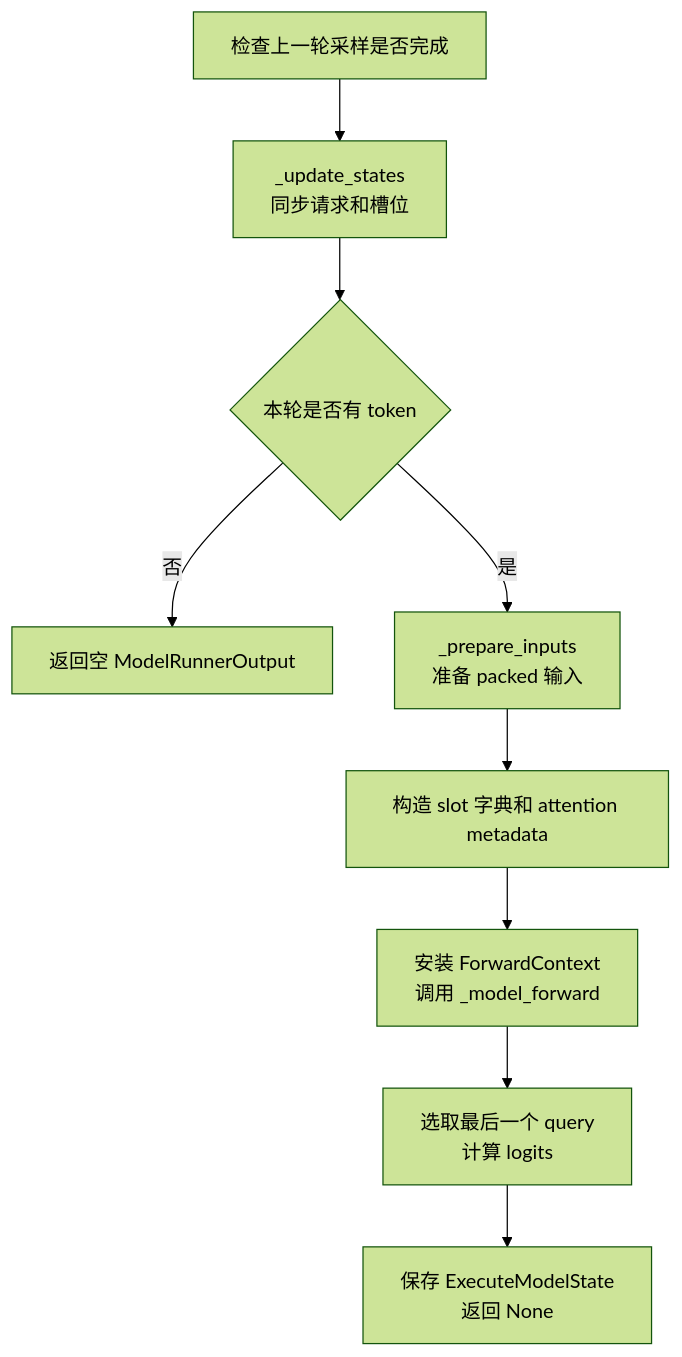
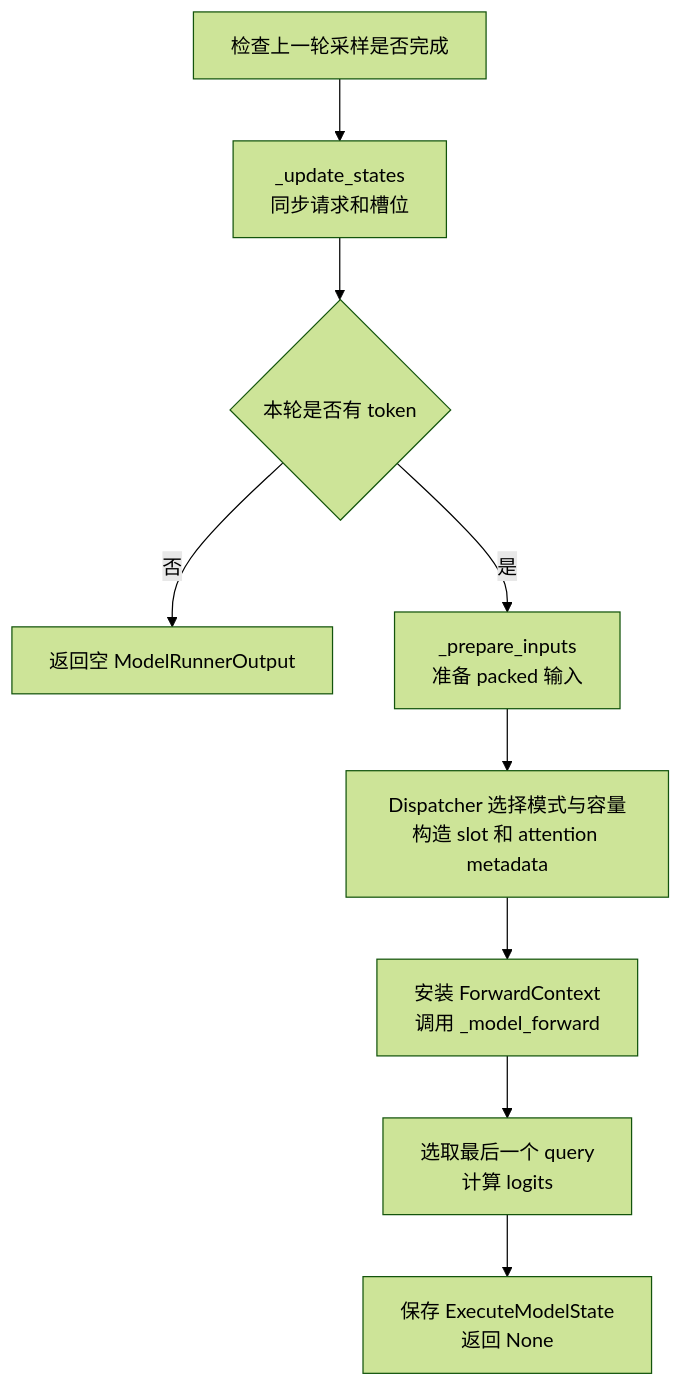
Before and after one commit to crashingby/my-nano-vllm: the second of 2 diagrams in docs/worker/gpu_model_runner.md, drawn with Mermaid (forest theme). The commit also changed other lines of this file and 40 other files, not shown here.

````diff
--- a/docs/worker/gpu_model_runner.md
+++ b/docs/worker/gpu_model_runner.md
@@ -693,11 +699,11 @@
 ```mermaid
 flowchart TD
     A["检查上一轮采样是否完成"] --> B["_update_states<br>同步请求和槽位"]
     B --> C{"本轮是否有 token"}
     C -->|否| D["返回空 ModelRunnerOutput"]
     C -->|是| E["_prepare_inputs<br>准备 packed 输入"]
-    E --> F["构造 slot 字典和 attention metadata"]
+    E --> F["Dispatcher 选择模式与容量<br>构造 slot 和 attention metadata"]
     F --> G["安装 ForwardContext<br>调用 _model_forward"]
     G --> H["选取最后一个 query<br>计算 logits"]
     H --> I["保存 ExecuteModelState<br>返回 None"]
 ```
````
